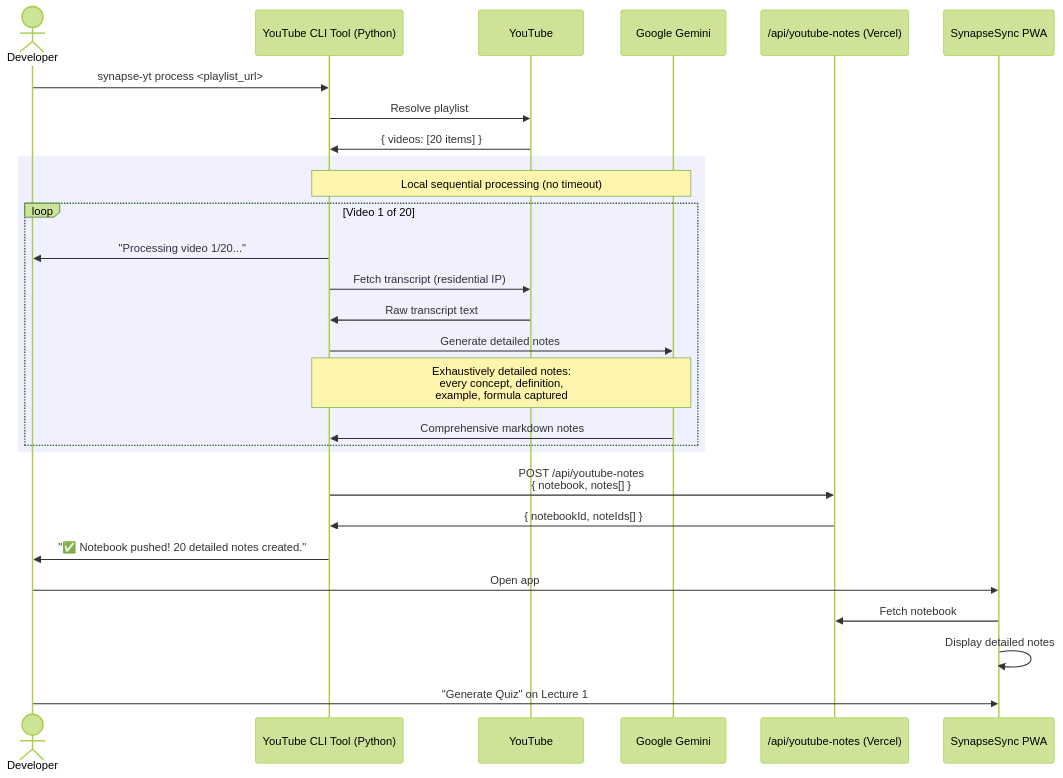
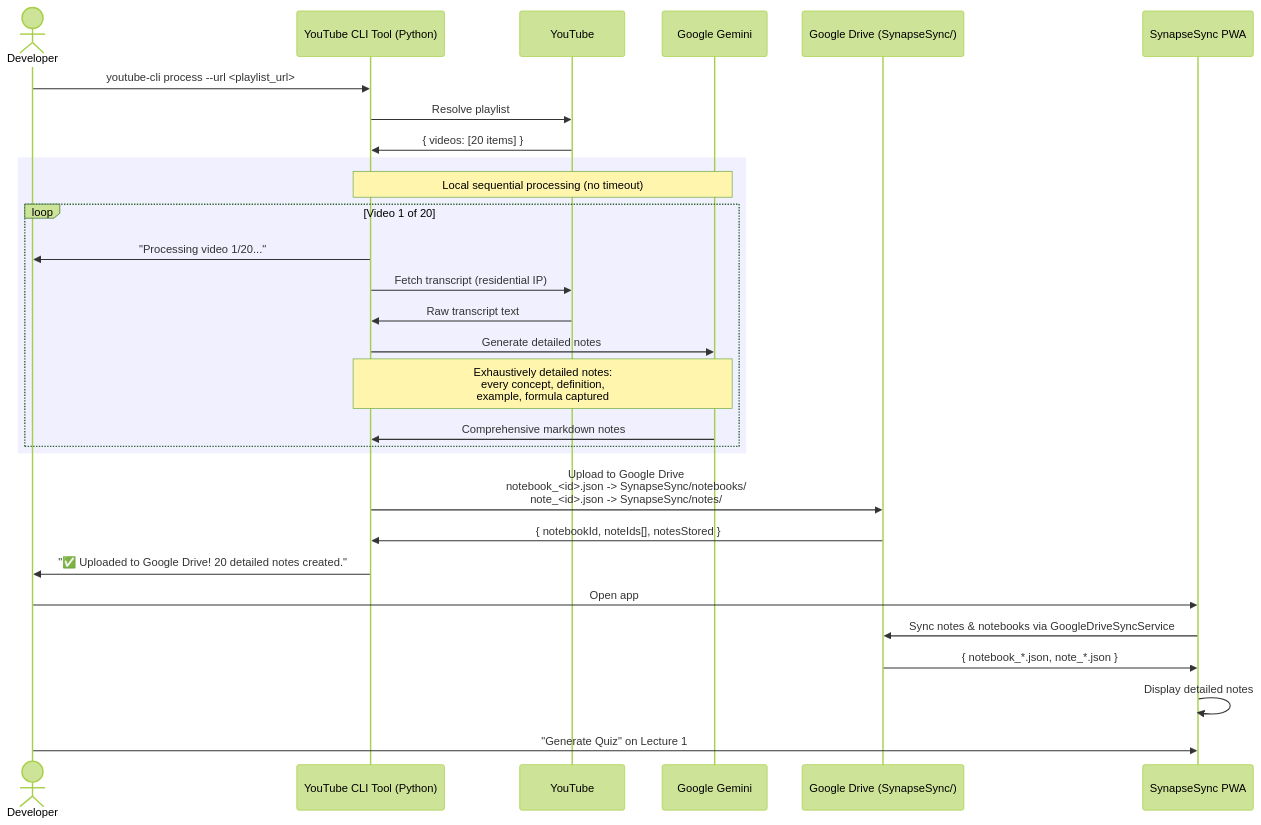
Before and after one commit to Strider221B/synapse-sync: the third of 4 diagrams in documentation/design/high_level/06_design_overview.md, drawn with Mermaid (forest theme). The commit also changed other lines of this file and 30 other files, not shown here.

First line of the commit message:
Migrate Notes & YouTube Ingestion to Google Drive as Sole Source of Truth with Cross-Device Sync (#13)

````diff
--- a/documentation/design/high_level/06_design_overview.md
+++ b/documentation/design/high_level/06_design_overview.md
@@ -200,34 +200,35 @@
 ```mermaid
 sequenceDiagram
     actor Developer
     participant CLI as YouTube CLI Tool (Python)
     participant YT as YouTube
     participant Gemini as Google Gemini
-    participant API as /api/youtube-notes (Vercel)
+    participant Drive as Google Drive (SynapseSync/)
     participant PWA as SynapseSync PWA
 
-    Developer->>CLI: synapse-yt process <playlist_url>
+    Developer->>CLI: youtube-cli process --url <playlist_url>
     CLI->>YT: Resolve playlist
     YT->>CLI: { videos: [20 items] }
 
     rect rgb(240, 240, 255)
         Note over CLI,Gemini: Local sequential processing (no timeout)
         loop Video 1 of 20
             CLI->>Developer: "Processing video 1/20..."
             CLI->>YT: Fetch transcript (residential IP)
             YT->>CLI: Raw transcript text
             CLI->>Gemini: Generate detailed notes
             Note over CLI,Gemini: Exhaustively detailed notes:<br/>every concept, definition,<br/>example, formula captured
             Gemini->>CLI: Comprehensive markdown notes
         end
     end
 
-    CLI->>API: POST /api/youtube-notes<br/>{ notebook, notes[] }
-    API->>CLI: { notebookId, noteIds[] }
-    CLI->>Developer: "✅ Notebook pushed! 20 detailed notes created."
+    CLI->>Drive: Upload to Google Drive<br/>notebook_<id>.json -> SynapseSync/notebooks/<br/>note_<id>.json -> SynapseSync/notes/
+    Drive->>CLI: { notebookId, noteIds[], notesStored }
+    CLI->>Developer: "✅ Uploaded to Google Drive! 20 detailed notes created."
 
     Developer->>PWA: Open app
-    PWA->>API: Fetch notebook
+    PWA->>Drive: Sync notes & notebooks via GoogleDriveSyncService
+    Drive->>PWA: { notebook_*.json, note_*.json }
     PWA->>PWA: Display detailed notes
     Developer->>PWA: "Generate Quiz" on Lecture 1
 ```
````
